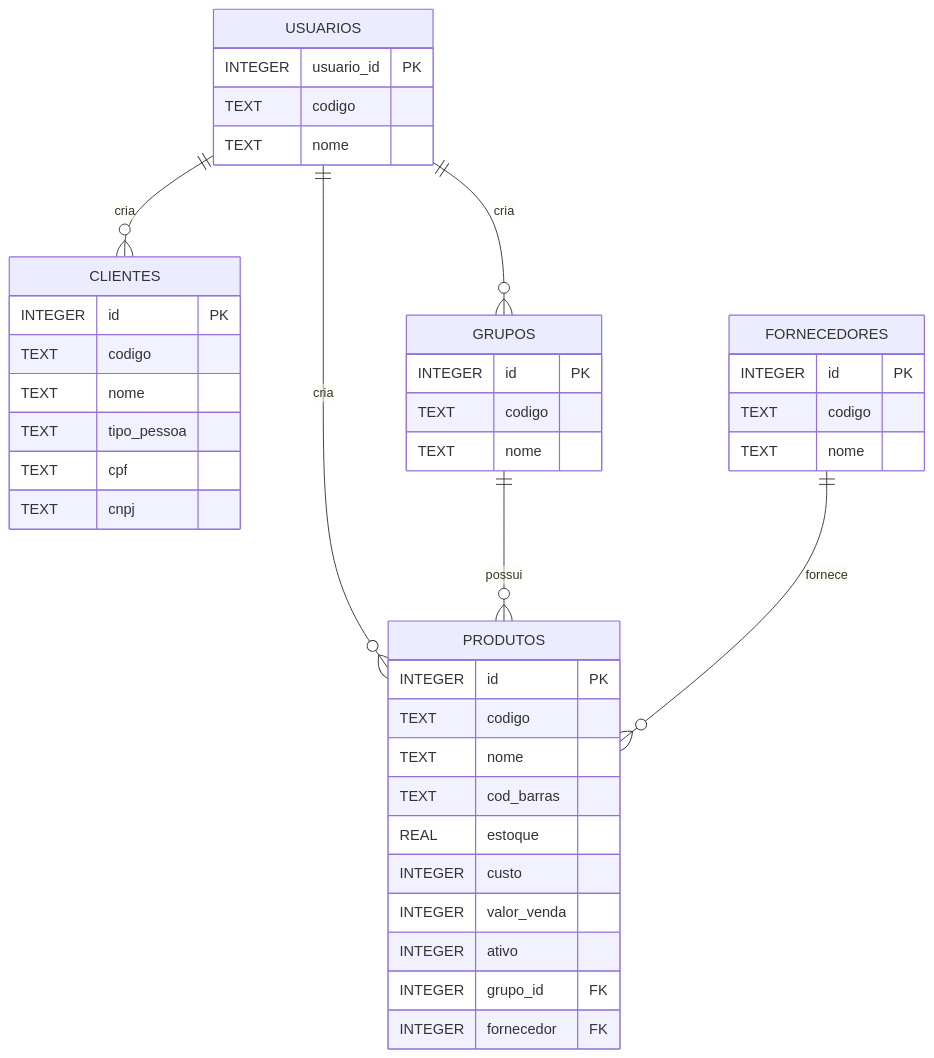
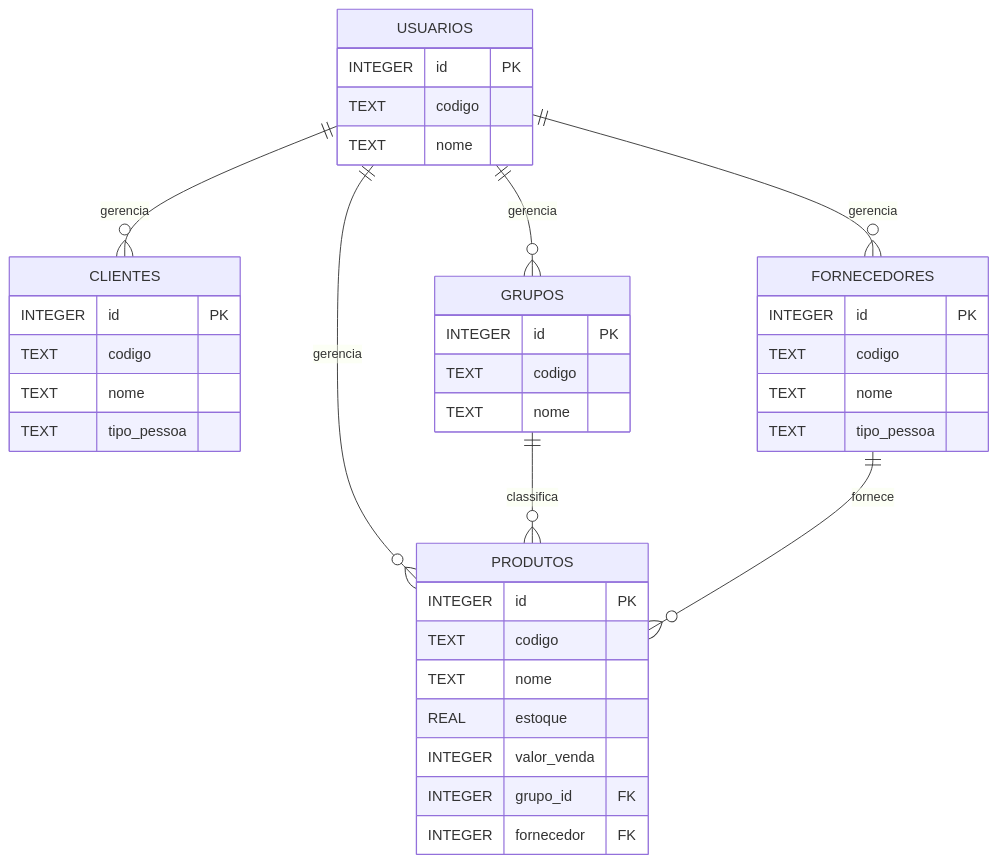
One commit to MarcoAntonioLeal/ERP-automacao-comercial changed the diagram in docs/mer/mer.md. Above: the diagram before and after it, drawn with Mermaid. The commit also changed other lines of this file, not shown here.

````diff
--- a/docs/mer/mer.md
+++ b/docs/mer/mer.md
@@ -1,51 +3,48 @@
 ```mermaid
 erDiagram
 
-    USUARIOS ||--o{ PRODUTOS : cria
-    USUARIOS ||--o{ CLIENTES : cria
-    USUARIOS ||--o{ GRUPOS : cria
+    USUARIOS ||--o{ CLIENTES : gerencia
+    USUARIOS ||--o{ FORNECEDORES : gerencia
+    USUARIOS ||--o{ GRUPOS : gerencia
+    USUARIOS ||--o{ PRODUTOS : gerencia
 
-    GRUPOS ||--o{ PRODUTOS : possui
+    GRUPOS ||--o{ PRODUTOS : classifica
 
     FORNECEDORES ||--o{ PRODUTOS : fornece
 
-    PRODUTOS {
+    USUARIOS {
         INTEGER id PK
         TEXT codigo
         TEXT nome
-        TEXT cod_barras
-        REAL estoque
-        INTEGER custo
-        INTEGER valor_venda
-        INTEGER ativo
-        INTEGER grupo_id FK
-        INTEGER fornecedor FK
     }
 
     CLIENTES {
         INTEGER id PK
         TEXT codigo
         TEXT nome
         TEXT tipo_pessoa
-        TEXT cpf
-        TEXT cnpj
+    }
+
+    FORNECEDORES {
+        INTEGER id PK
+        TEXT codigo
+        TEXT nome
+        TEXT tipo_pessoa
     }
 
     GRUPOS {
         INTEGER id PK
         TEXT codigo
         TEXT nome
     }
 
-    FORNECEDORES {
+    PRODUTOS {
         INTEGER id PK
         TEXT codigo
         TEXT nome
-    }
-
-    USUARIOS {
-        INTEGER usuario_id PK
-        TEXT codigo
-        TEXT nome
+        REAL estoque
+        INTEGER valor_venda
+        INTEGER grupo_id FK
+        INTEGER fornecedor FK
     }
 ```
````
